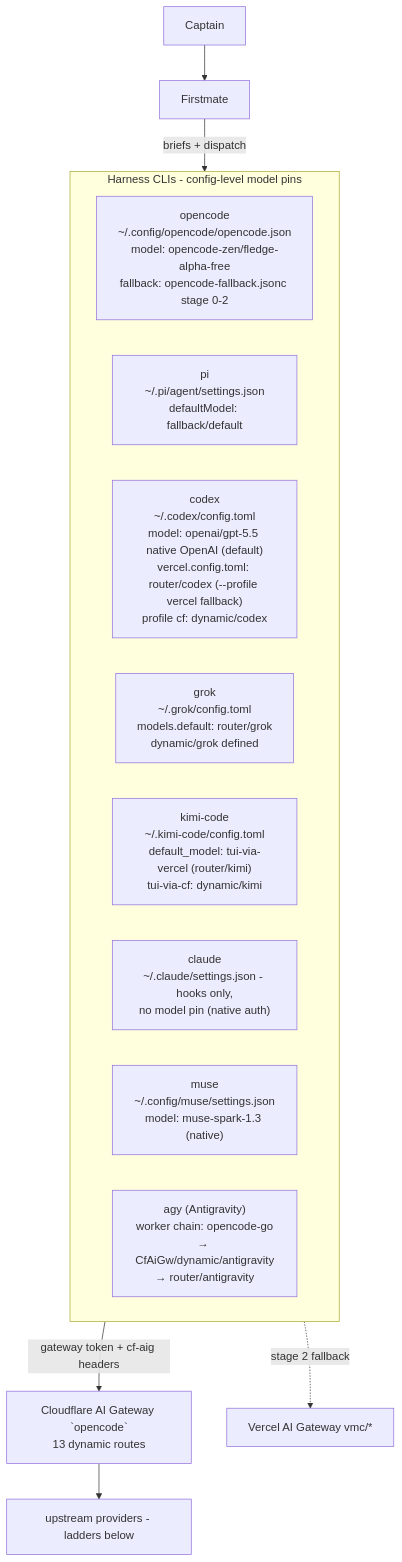
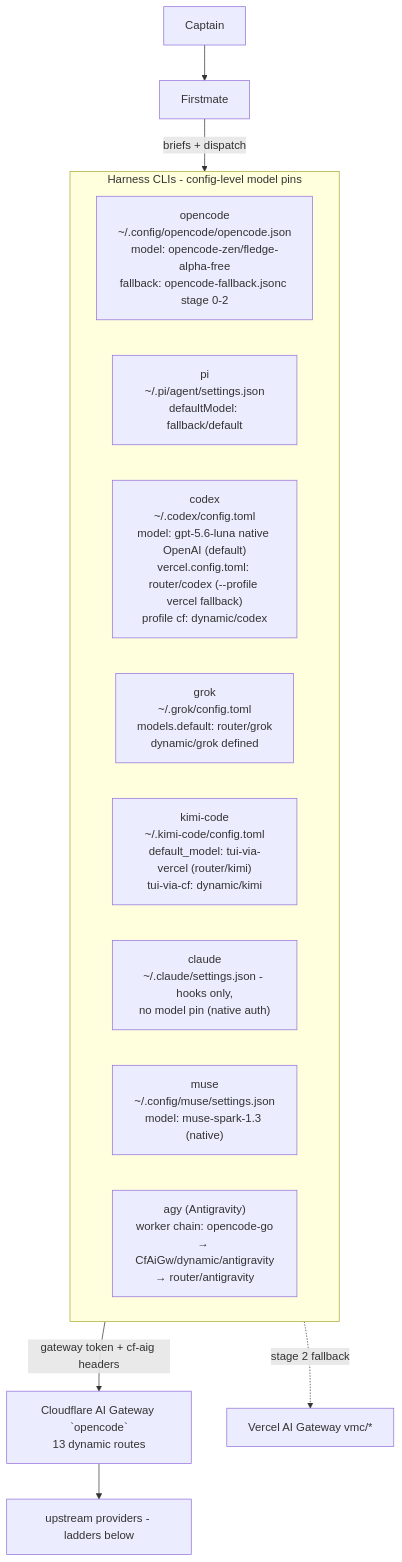
The first of 17 diagrams in dot_agents/skills/provider-catalog/references/ROUTING_TOPOLOGY.md (phillias/dotfiles), drawn with Mermaid before and after one commit. The commit also changed 2 other files, not shown here.

Commit message:
no-mistakes(document): docs(codex): align routing docs to native gpt-5.6-luna default

````diff
--- a/dot_agents/skills/provider-catalog/references/ROUTING_TOPOLOGY.md
+++ b/dot_agents/skills/provider-catalog/references/ROUTING_TOPOLOGY.md
@@ -39,18 +39,18 @@
 ```mermaid
 flowchart TD
     captain[Captain] --> fm[Firstmate]
     fm -->|briefs + dispatch| harnesses
     subgraph harnesses[Harness CLIs - config-level model pins]
         OC["opencode<br/>~/.config/opencode/opencode.json<br/>model: opencode-zen/fledge-alpha-free<br/>fallback: opencode-fallback.jsonc stage 0-2"]
         PI["pi<br/>~/.pi/agent/settings.json<br/>defaultModel: fallback/default"]
-        CX["codex<br/>~/.codex/config.toml<br/>model: openai/gpt-5.5 native OpenAI (default)<br/>vercel.config.toml: router/codex (--profile vercel fallback)<br/>profile cf: dynamic/codex"]
+        CX["codex<br/>~/.codex/config.toml<br/>model: gpt-5.6-luna native OpenAI (default)<br/>vercel.config.toml: router/codex (--profile vercel fallback)<br/>profile cf: dynamic/codex"]
         GR["grok<br/>~/.grok/config.toml<br/>models.default: router/grok<br/>dynamic/grok defined"]
         KM["kimi-code<br/>~/.kimi-code/config.toml<br/>default_model: tui-via-vercel (router/kimi)<br/>tui-via-cf: dynamic/kimi"]
         CL["claude<br/>~/.claude/settings.json - hooks only,<br/>no model pin (native auth)"]
         MU["muse<br/>~/.config/muse/settings.json<br/>model: muse-spark-1.3 (native)"]
         AGY["agy (Antigravity)<br/>worker chain: opencode-go<br/>→ CfAiGw/dynamic/antigravity<br/>→ router/antigravity"]
     end
     harnesses -->|gateway token + cf-aig headers| GW["Cloudflare AI Gateway `opencode`<br/>13 dynamic routes"]
     GW --> models[upstream providers - ladders below]
     harnesses -.->|stage 2 fallback| VG[Vercel AI Gateway vmc/*]
 ```
````
